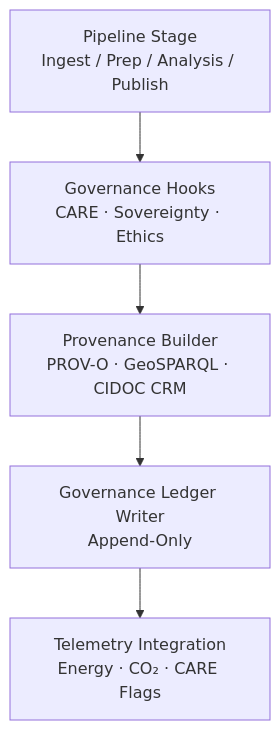
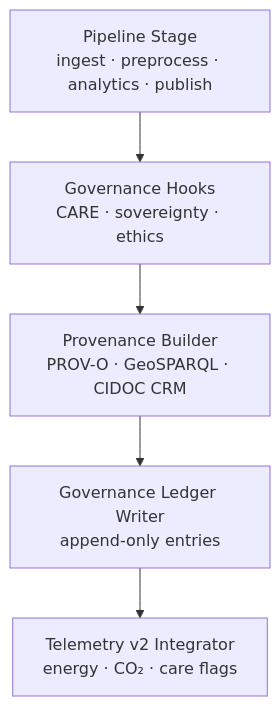
One commit to bartytime4life/Kansas-Frontier-Matrix changed the diagram in docs/guides/pipelines/governance-integration.md. Above: the diagram before and after it, drawn with Mermaid. The commit also changed other lines of this file, not shown here.

`````diff
--- a/docs/guides/pipelines/governance-integration.md
+++ b/docs/guides/pipelines/governance-integration.md
@@ -55,7 +73,8 @@
-~~~~~mermaid
+```mermaid
 flowchart TD
-  A["Pipeline Stage<br/>Ingest / Prep / Analysis / Publish"] --> B["Governance Hooks<br/>CARE · Sovereignty · Ethics"]
-  B --> C["Provenance Builder<br/>PROV-O · GeoSPARQL · CIDOC CRM"]
-  C --> D["Governance Ledger Writer<br/>Append-Only"]
-  D --> E["Telemetry Integration<br/>Energy · CO₂ · CARE Flags"]
-~~~~~
+
+A["Pipeline Stage<br/>ingest · preprocess · analytics · publish"] --> B["Governance Hooks<br/>CARE · sovereignty · ethics"]
+B --> C["Provenance Builder<br/>PROV-O · GeoSPARQL · CIDOC CRM"]
+C --> D["Governance Ledger Writer<br/>append-only entries"]
+D --> E["Telemetry v2 Integrator<br/>energy · CO₂ · care flags"]
+````
`````
